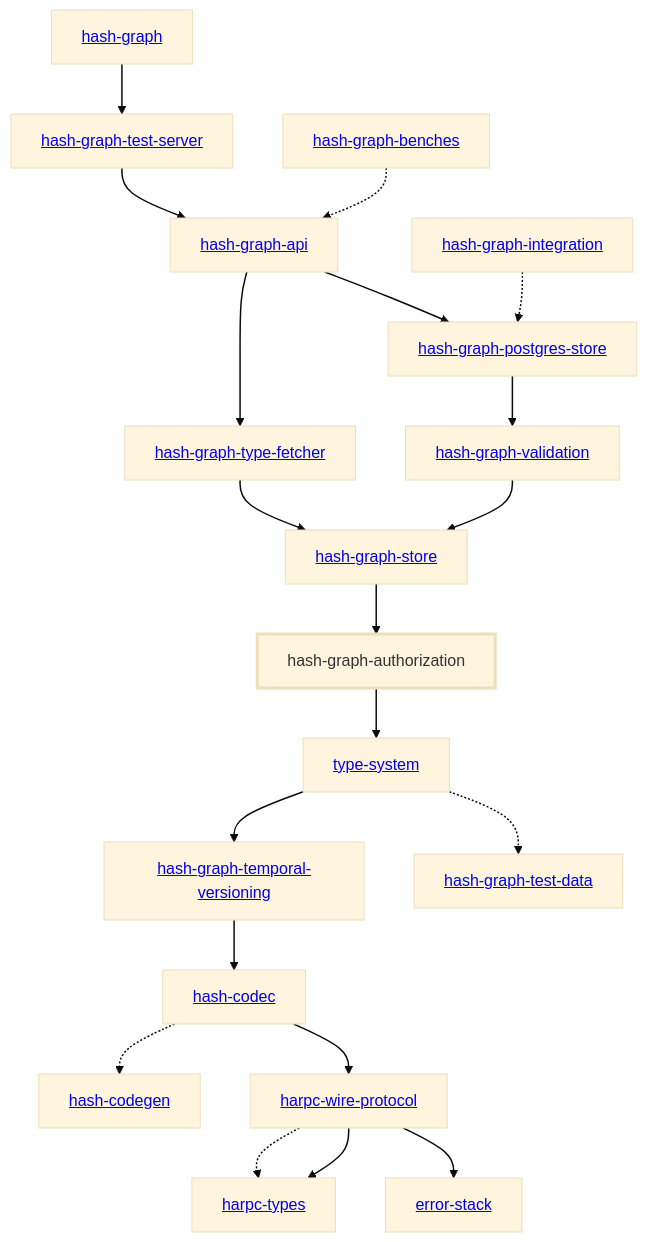
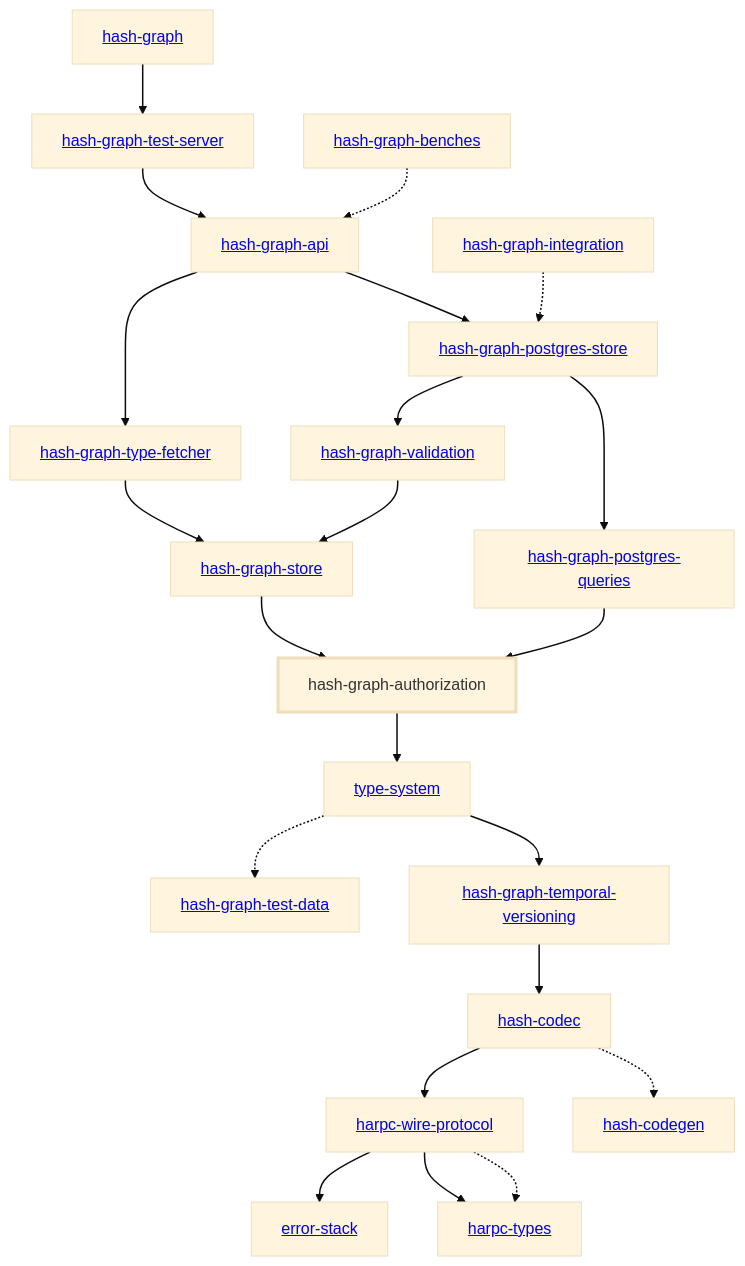
One commit to hashintel/hash changed the diagram in libs/@local/graph/authorization/docs/dependency-diagram.mmd. Above: the diagram before and after it, drawn with Mermaid (base theme). The commit also changed 45 other files, not shown here.

```diff
--- a/libs/@local/graph/authorization/docs/dependency-diagram.mmd
+++ b/libs/@local/graph/authorization/docs/dependency-diagram.mmd
@@ -1,48 +1,51 @@
 graph TD
     linkStyle default stroke-width:1.5px
     classDef default stroke-width:1px
     classDef root stroke-width:3px
     classDef dev stroke-width:1px
     classDef build stroke-width:1px
     %% Legend
     %% --> : Normal dependency
     %% -.-> : Dev dependency
     %% ---> : Build dependency
     0[<a href="../hash_graph">hash-graph</a>]
     1[<a href="../type_system">type-system</a>]
     2[<a href="../hash_codec">hash-codec</a>]
     3[<a href="../hash_codegen">hash-codegen</a>]
     4[<a href="../hash_graph_api">hash-graph-api</a>]
     5[hash-graph-authorization]
     class 5 root
-    6[<a href="../hash_graph_postgres_store">hash-graph-postgres-store</a>]
-    7[<a href="../hash_graph_store">hash-graph-store</a>]
-    8[<a href="../hash_graph_temporal_versioning">hash-graph-temporal-versioning</a>]
-    9[<a href="../hash_graph_test_server">hash-graph-test-server</a>]
-    10[<a href="../hash_graph_type_fetcher">hash-graph-type-fetcher</a>]
-    11[<a href="../hash_graph_validation">hash-graph-validation</a>]
-    12[<a href="../harpc_types">harpc-types</a>]
-    13[<a href="../harpc_wire_protocol">harpc-wire-protocol</a>]
-    14[<a href="../error_stack">error-stack</a>]
-    15[<a href="../hash_graph_benches">hash-graph-benches</a>]
-    16[<a href="../hash_graph_integration">hash-graph-integration</a>]
-    17[<a href="../hash_graph_test_data">hash-graph-test-data</a>]
-    0 --> 9
-    1 --> 8
-    1 -.-> 17
+    6[<a href="../hash_graph_postgres_queries">hash-graph-postgres-queries</a>]
+    7[<a href="../hash_graph_postgres_store">hash-graph-postgres-store</a>]
+    8[<a href="../hash_graph_store">hash-graph-store</a>]
+    9[<a href="../hash_graph_temporal_versioning">hash-graph-temporal-versioning</a>]
+    10[<a href="../hash_graph_test_server">hash-graph-test-server</a>]
+    11[<a href="../hash_graph_type_fetcher">hash-graph-type-fetcher</a>]
+    12[<a href="../hash_graph_validation">hash-graph-validation</a>]
+    13[<a href="../harpc_types">harpc-types</a>]
+    14[<a href="../harpc_wire_protocol">harpc-wire-protocol</a>]
+    15[<a href="../error_stack">error-stack</a>]
+    16[<a href="../hash_graph_benches">hash-graph-benches</a>]
+    17[<a href="../hash_graph_integration">hash-graph-integration</a>]
+    18[<a href="../hash_graph_test_data">hash-graph-test-data</a>]
+    0 --> 10
+    1 --> 9
+    1 -.-> 18
     2 -.-> 3
-    2 --> 13
-    4 --> 6
-    4 --> 10
+    2 --> 14
+    4 --> 7
+    4 --> 11
     5 --> 1
-    6 --> 11
-    7 --> 5
-    8 --> 2
-    9 --> 4
-    10 --> 7
-    11 --> 7
-    13 -.-> 12
-    13 --> 12
-    13 --> 14
-    15 -.-> 4
-    16 -.-> 6
+    6 --> 5
+    7 --> 6
+    7 --> 12
+    8 --> 5
+    9 --> 2
+    10 --> 4
+    11 --> 8
+    12 --> 8
+    14 -.-> 13
+    14 --> 13
+    14 --> 15
+    16 -.-> 4
+    17 -.-> 7
```
